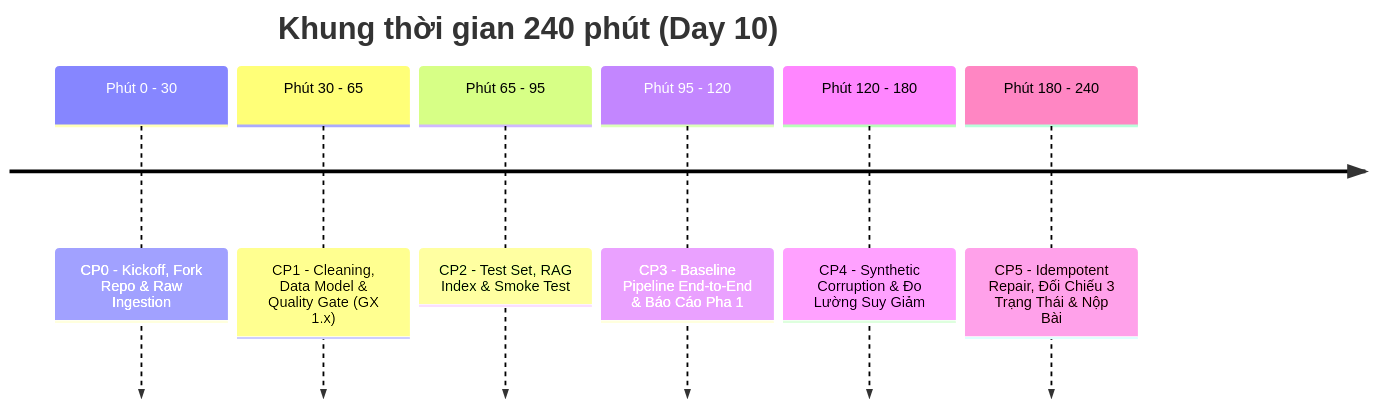
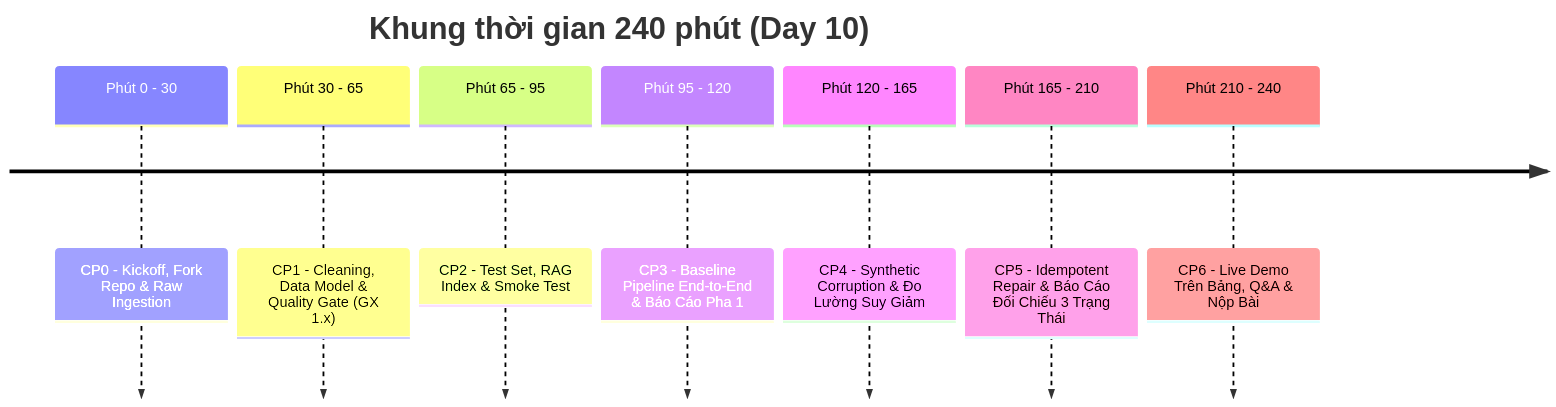
One commit to AnNguyen05092004/K4-L3-DAY10-KKAL-DataPipeline changed the diagram in README.md. Above: the diagram before and after it, drawn with Mermaid. The commit also changed other lines of this file and 2 other files, not shown here.

````diff
--- a/README.md
+++ b/README.md
@@ -71,10 +71,11 @@
 ```mermaid
 timeline
     title Khung thời gian 240 phút (Day 10)
     Phút 0 - 30   : CP0 - Kickoff, Fork Repo & Raw Ingestion
     Phút 30 - 65  : CP1 - Cleaning, Data Model & Quality Gate (GX 1.x)
     Phút 65 - 95  : CP2 - Test Set, RAG Index & Smoke Test
     Phút 95 - 120 : CP3 - Baseline Pipeline End-to-End & Báo Cáo Pha 1
-    Phút 120 - 180: CP4 - Synthetic Corruption & Đo Lường Suy Giảm
-    Phút 180 - 240: CP5 - Idempotent Repair, Đối Chiếu 3 Trạng Thái & Nộp Bài
+    Phút 120 - 165: CP4 - Synthetic Corruption & Đo Lường Suy Giảm
+    Phút 165 - 210: CP5 - Idempotent Repair & Báo Cáo Đối Chiếu 3 Trạng Thái
+    Phút 210 - 240: CP6 - Live Demo Trên Bảng, Q&A & Nộp Bài
 ```
````
